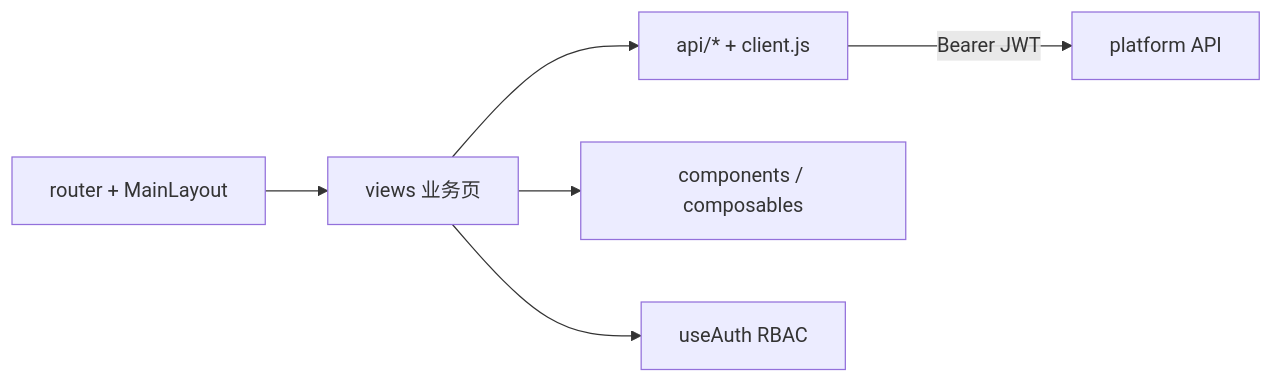
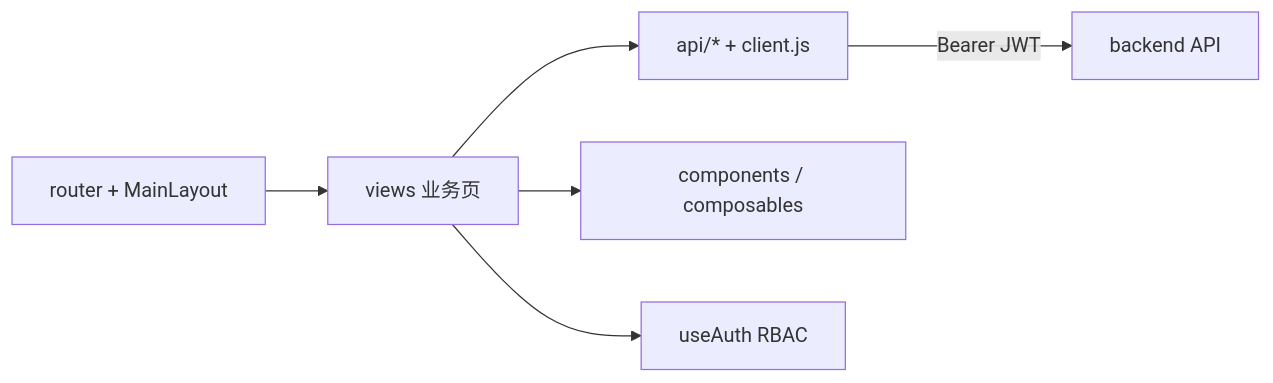
One commit to zhibinQiu/benxi changed the fifth of 17 diagrams in docs/zh/development/system-architecture-overview.md. Above: the diagram before and after it, drawn with Mermaid. The commit also changed other lines of this file and 620 other files, not shown here.

````diff
--- a/docs/zh/development/system-architecture-overview.md
+++ b/docs/zh/development/system-architecture-overview.md
@@ -189,14 +190,14 @@
 ```mermaid
 flowchart LR
   ROUTER[router + MainLayout]
   VIEWS[views 业务页]
   API_LAYER[api/* + client.js]
   COMP[components / composables]
   AUTH[useAuth RBAC]
 
   ROUTER --> VIEWS
   VIEWS --> API_LAYER
   VIEWS --> COMP
   VIEWS --> AUTH
-  API_LAYER -->|Bearer JWT| BE[platform API]
+  API_LAYER -->|Bearer JWT| BE[backend API]
 ```
````
